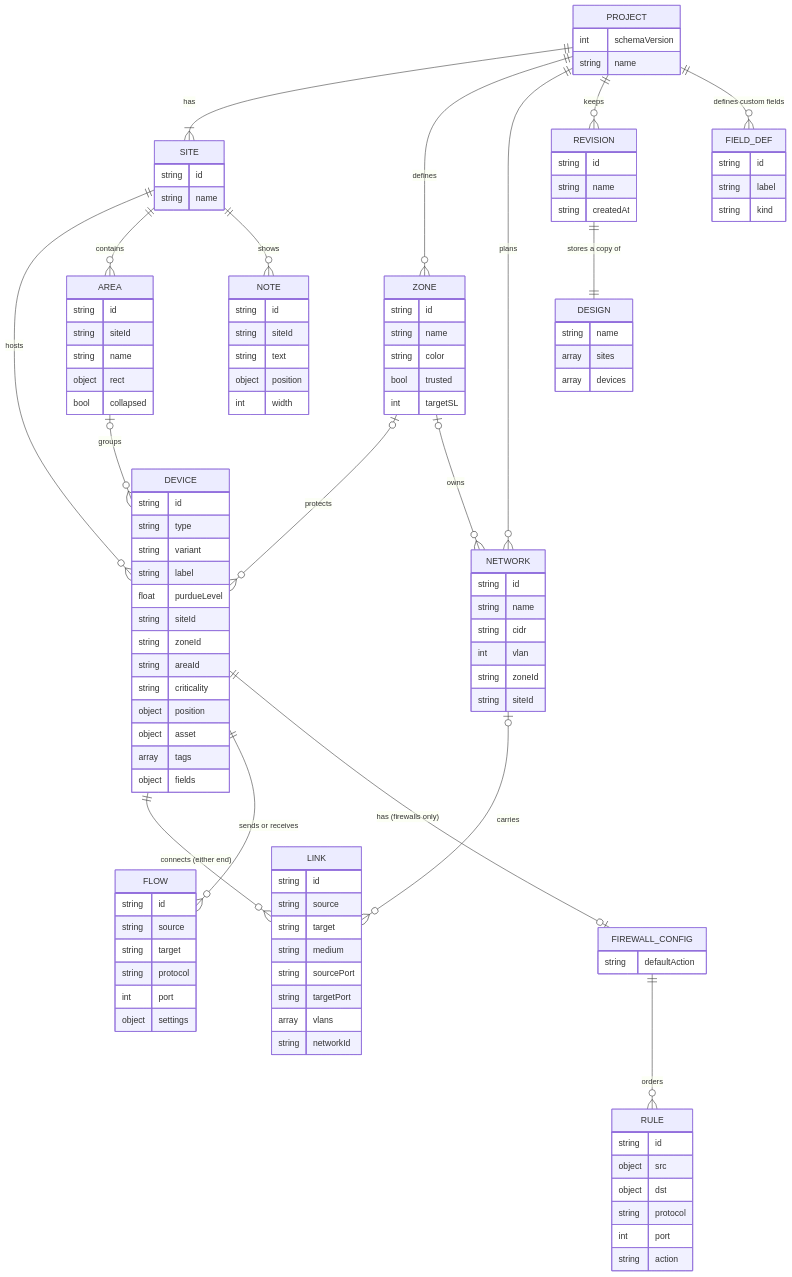
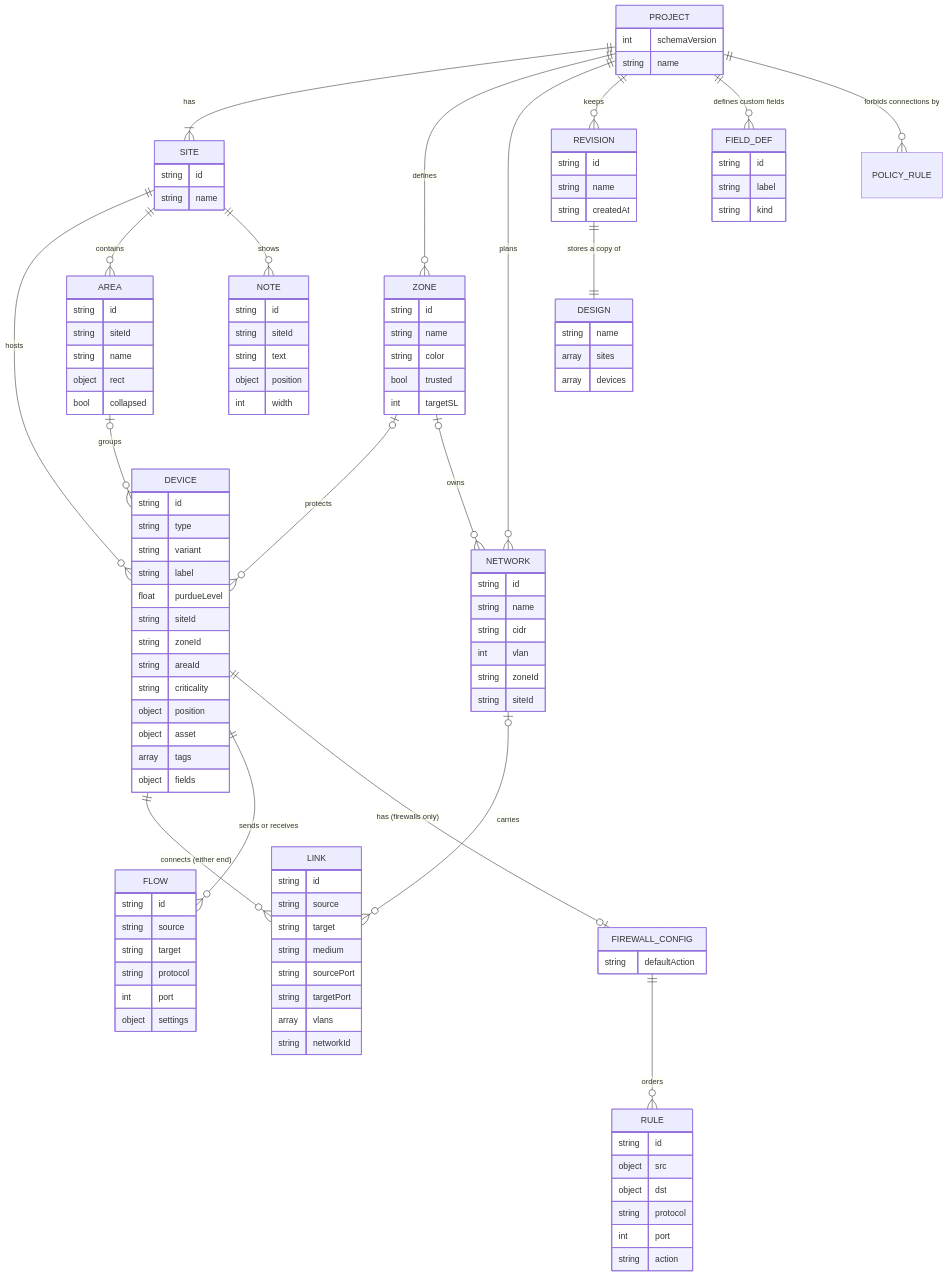
Diagram 11 of 32 in README.md (vijaykumargowdakk/ReSecArc), drawn with Mermaid before and after one commit. The commit also changed other lines of this file and 26 other files, not shown here.

```diff
--- a/README.md
+++ b/README.md
@@ -485,6 +511,7 @@
     PROJECT ||--o{ NETWORK : plans
     PROJECT ||--o{ REVISION : keeps
     PROJECT ||--o{ FIELD_DEF : "defines custom fields"
+    PROJECT ||--o{ POLICY_RULE : "forbids connections by"
     NETWORK |o--o{ LINK : carries
     SITE ||--o{ DEVICE : hosts
     SITE ||--o{ AREA : contains
```
